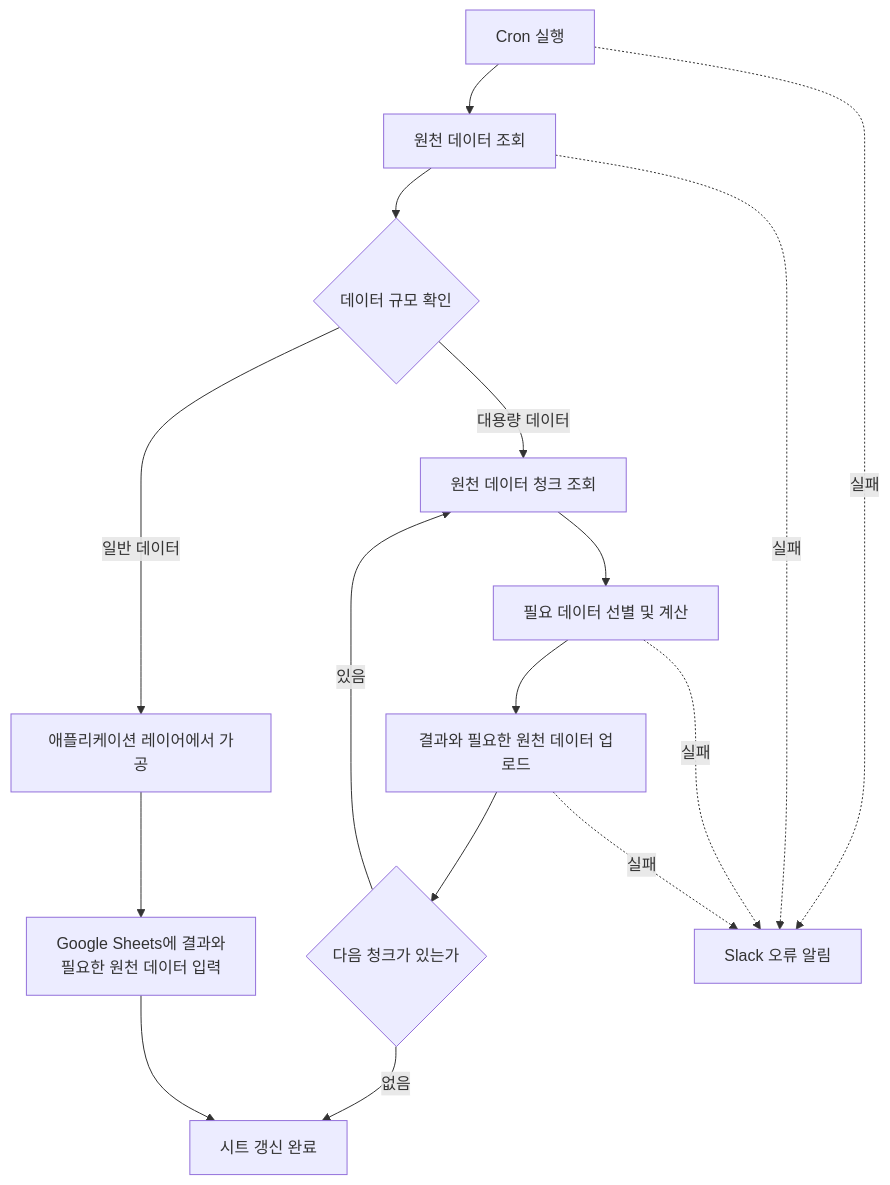
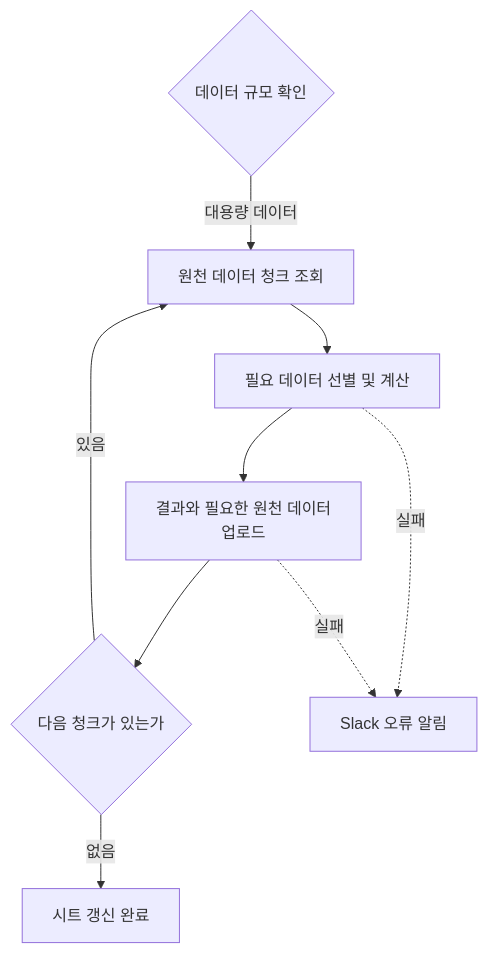
One commit to KimHG1995/work-history changed the second of 2 diagrams in projects/public-education/google-sheets-automation.md. Above: the diagram before and after it, drawn with Mermaid. The commit also changed other lines of this file and 9 other files, not shown here.

Commit message:
docs: 공개 Mermaid 흐름을 단계별로 나눠 가독성 개선

````diff
--- a/projects/public-education/google-sheets-automation.md
+++ b/projects/public-education/google-sheets-automation.md
@@ -62,18 +85,19 @@
 ```mermaid
-flowchart TD
-    schedule["Cron 실행"] --> source["원천 데이터 조회"]
-    source --> size{"데이터 규모 확인"}
-    size -->|일반 데이터| app["애플리케이션 레이어에서 가공"]
-    app --> sheet["Google Sheets에 결과와<br/>필요한 원천 데이터 입력"]
-    size -->|대용량 데이터| chunk["원천 데이터 청크 조회"]
-    chunk --> calc["필요 데이터 선별 및 계산"]
-    calc --> upload["결과와 필요한 원천 데이터 업로드"]
-    upload --> more{"다음 청크가 있는가"}
+flowchart TB
+    size{"데이터 규모 확인"}
+    chunk["원천 데이터 청크 조회"]
+    calc["필요 데이터 선별 및 계산"]
+    upload["결과와 필요한 원천 데이터<br/>업로드"]
+    more{"다음 청크가 있는가"}
+    done["시트 갱신 완료"]
+    slack["Slack 오류 알림"]
+
+    size -->|대용량 데이터| chunk
+    chunk --> calc
+    calc --> upload
+    upload --> more
     more -->|있음| chunk
-    more -->|없음| done["시트 갱신 완료"]
-    sheet --> done
-    schedule -.->|실패| slack["Slack 오류 알림"]
-    source -.->|실패| slack
+    more -->|없음| done
     calc -.->|실패| slack
     upload -.->|실패| slack
 ```
````
